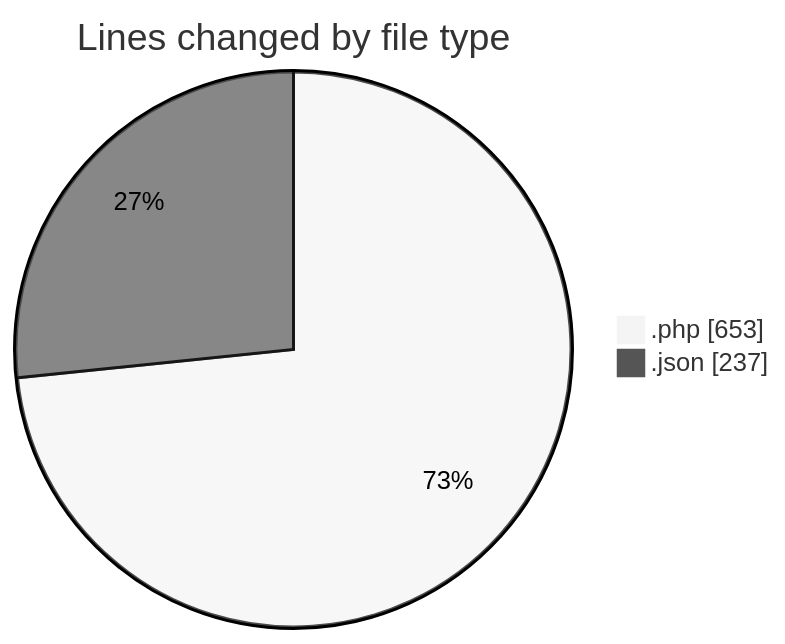
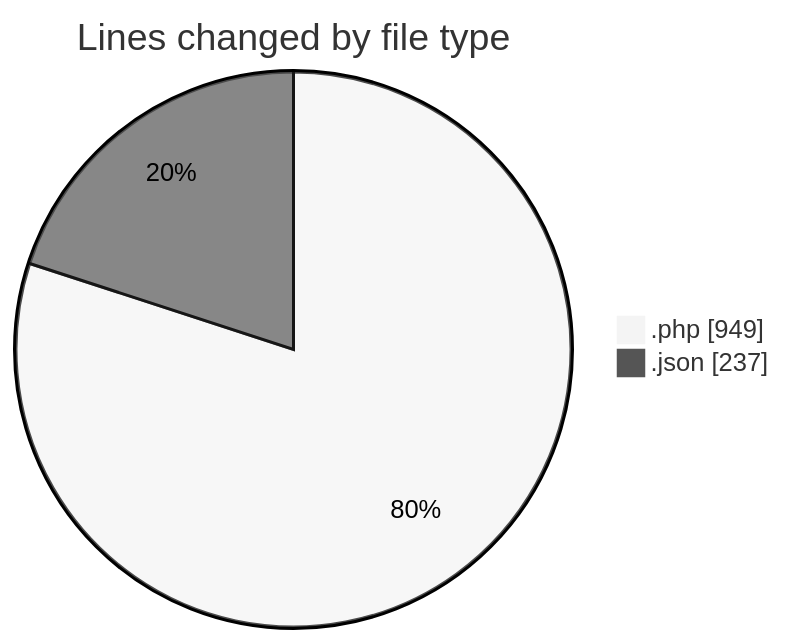
One commit to idhammustaqopulfikri/code-tracking changed the first of 2 diagrams in 2025-05-25/bookingpodcas/README.md. Above: the diagram before and after it, drawn with Mermaid (neutral theme). The commit also changed other lines of this file and 1 other file, not shown here.

````diff
--- a/2025-05-25/bookingpodcas/README.md
+++ b/2025-05-25/bookingpodcas/README.md
@@ -33,6 +34,6 @@
 ```mermaid
 pie showData
 title Lines changed by file type
-".php" : 653
+".php" : 949
 ".json" : 237
 ```
````
